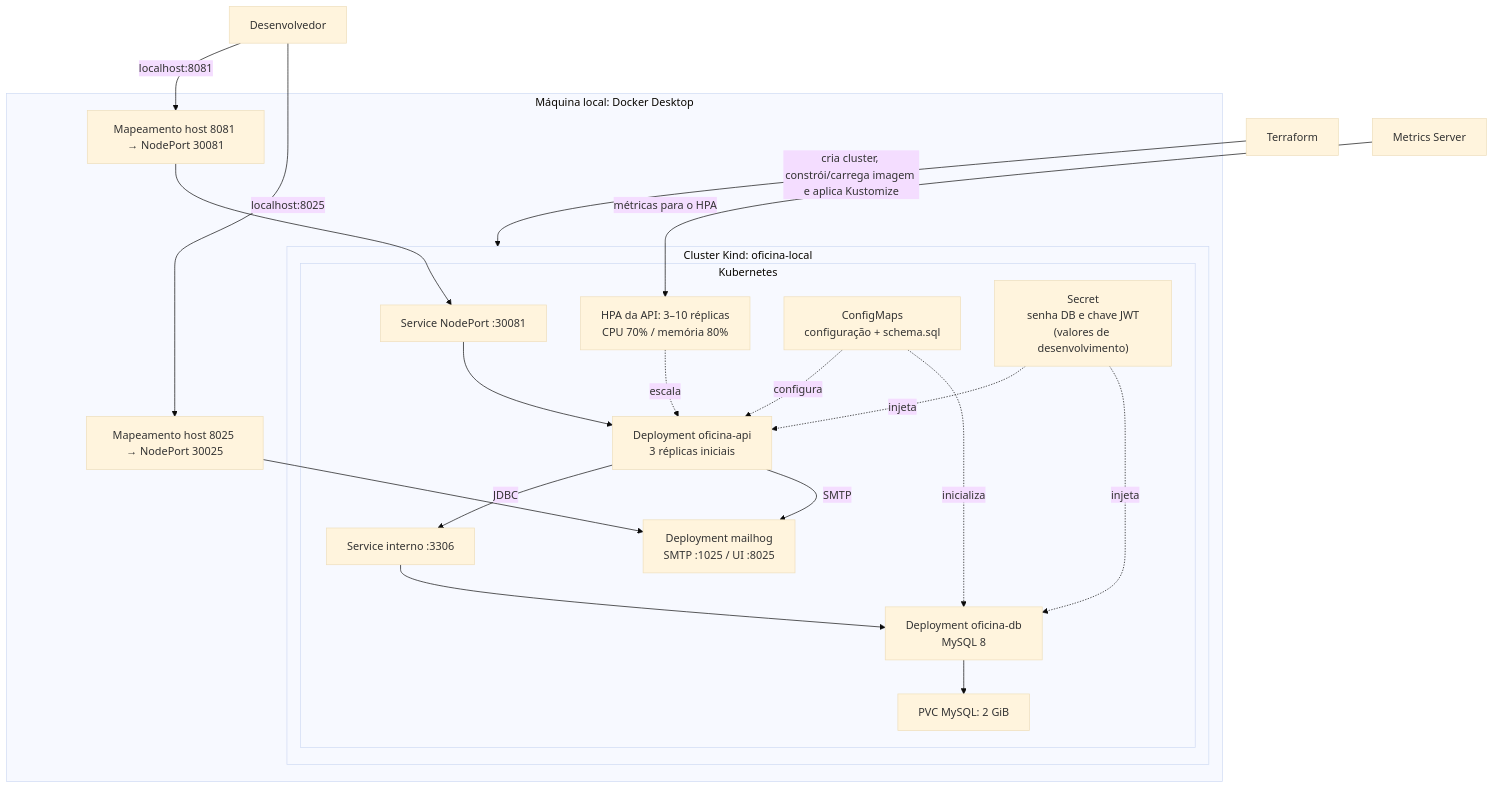
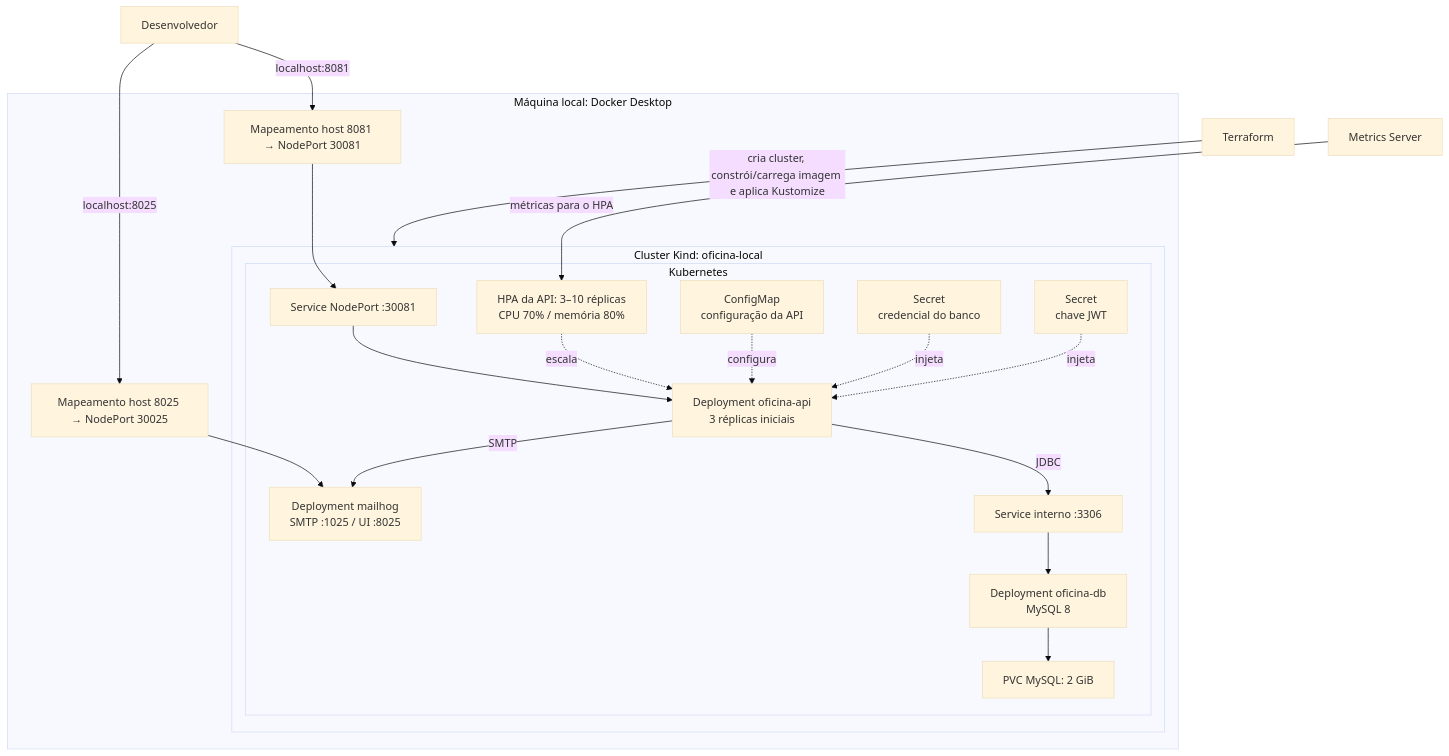
Before and after one commit to mateuslourencao/soat-fase1-tech-challenge: the second of 3 diagrams in README.md, drawn with Mermaid (base theme). The commit also changed other lines of this file and 8 other files, not shown here.

````diff
--- a/README.md
+++ b/README.md
@@ -85,35 +85,35 @@
 ```mermaid
 flowchart TB
     DEV[Desenvolvedor] -->|localhost:8081| PORTAPI
     DEV -->|localhost:8025| PORTMAIL
     subgraph HOST[Máquina local: Docker Desktop]
         subgraph KIND[Cluster Kind: oficina-local]
             subgraph K8S[Kubernetes]
                 SVCAPI[Service NodePort :30081]
                 HPA[HPA da API: 3–10 réplicas<br/>CPU 70% / memória 80%]
                 API[Deployment oficina-api<br/>3 réplicas iniciais]
                 SVCDB[Service interno :3306]
                 MYSQL[Deployment oficina-db<br/>MySQL 8]
                 PVC[PVC MySQL: 2 GiB]
                 MAIL[Deployment mailhog<br/>SMTP :1025 / UI :8025]
-                CM[ConfigMaps<br/>configuração + schema.sql]
-                SECRET["Secret<br/>senha DB e chave JWT<br/>(valores de desenvolvimento)"]
+                CM[ConfigMap<br/>configuração da API]
+                DBSECRET[Secret<br/>credencial do banco]
+                APISECRET[Secret<br/>chave JWT]
                 SVCAPI --> API
                 HPA -. escala .-> API
                 API -->|JDBC| SVCDB --> MYSQL
                 MYSQL --> PVC
                 API -->|SMTP| MAIL
                 CM -. configura .-> API
-                CM -. inicializa .-> MYSQL
-                SECRET -. injeta .-> API
-                SECRET -. injeta .-> MYSQL
+                DBSECRET -. injeta .-> API
+                APISECRET -. injeta .-> API
             end
         end
         PORTAPI[Mapeamento host 8081 → NodePort 30081]
         PORTMAIL[Mapeamento host 8025 → NodePort 30025]
     end
     PORTAPI --> SVCAPI
     PORTMAIL --> MAIL
     TF[Terraform] -->|cria cluster, constrói/carrega imagem e aplica Kustomize| KIND
     MS[Metrics Server] -->|métricas para o HPA| HPA
 ```
````
